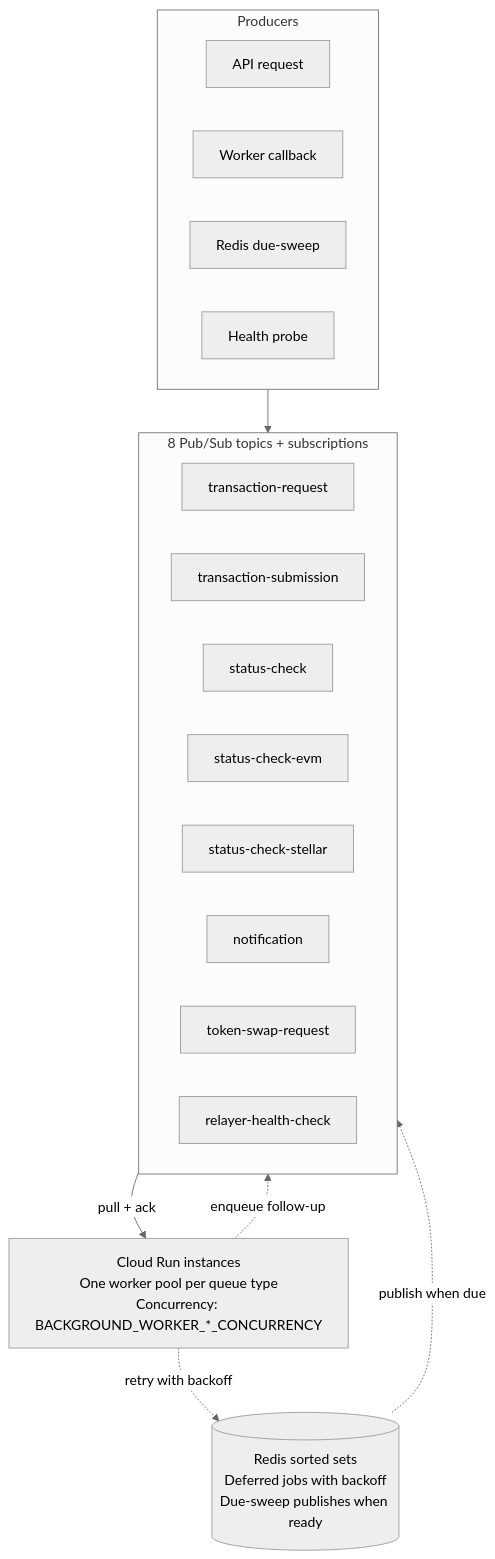
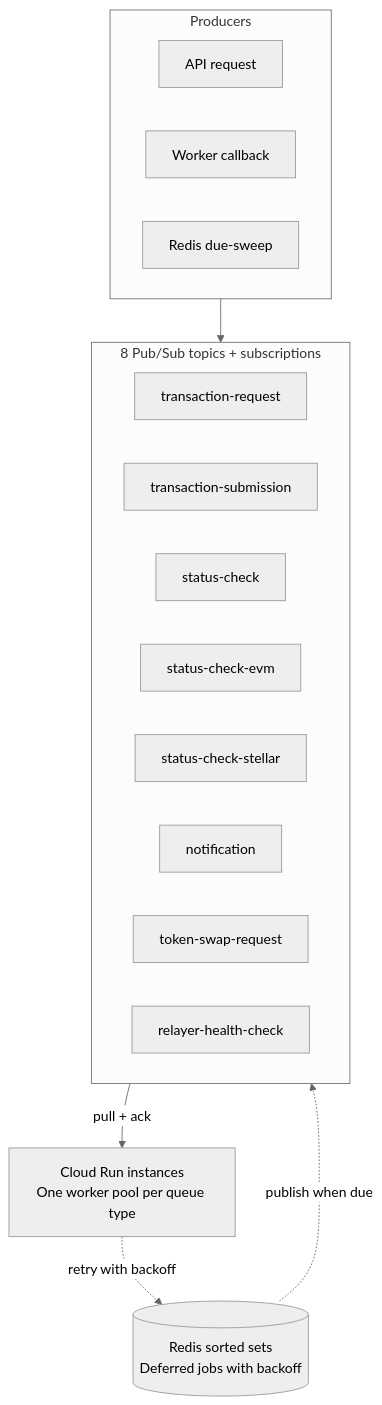
One commit to OpenZeppelin/relayer-channels-infra changed the second of 2 diagrams in modules/gcp/README.md. Above: the diagram before and after it, drawn with Mermaid (neutral theme). The commit also changed other lines of this file, not shown here.

````diff
--- a/modules/gcp/README.md
+++ b/modules/gcp/README.md
@@ -189,30 +65,27 @@
 ```mermaid
 flowchart TD
     subgraph Producers["Producers"]
         APIReq[API request]
         WorkerCb[Worker callback]
         DueSweep[Redis due-sweep]
-        Health[Health probe]
     end
 
     subgraph Topics["8 Pub/Sub topics + subscriptions"]
         Q1["transaction-request"]
         Q2["transaction-submission"]
         Q3["status-check"]
         Q4["status-check-evm"]
         Q5["status-check-stellar"]
         Q6["notification"]
         Q7["token-swap-request"]
         Q8["relayer-health-check"]
     end
 
-    Workers["Cloud Run instances<br/>One worker pool per queue type<br/>Concurrency: BACKGROUND_WORKER_*_CONCURRENCY"]
-
-    DeferredQ[("Redis sorted sets<br/>Deferred jobs with backoff<br/>Due-sweep publishes when ready")]
+    Workers["Cloud Run instances<br/>One worker pool per queue type"]
+    DeferredQ[("Redis sorted sets<br/>Deferred jobs with backoff")]
 
     Producers --> Topics
     Topics -->|pull + ack| Workers
     Workers -. retry with backoff .-> DeferredQ
     DeferredQ -. publish when due .-> Topics
-    Workers -. enqueue follow-up .-> Topics
 ```
````
